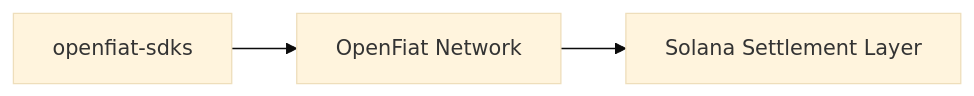
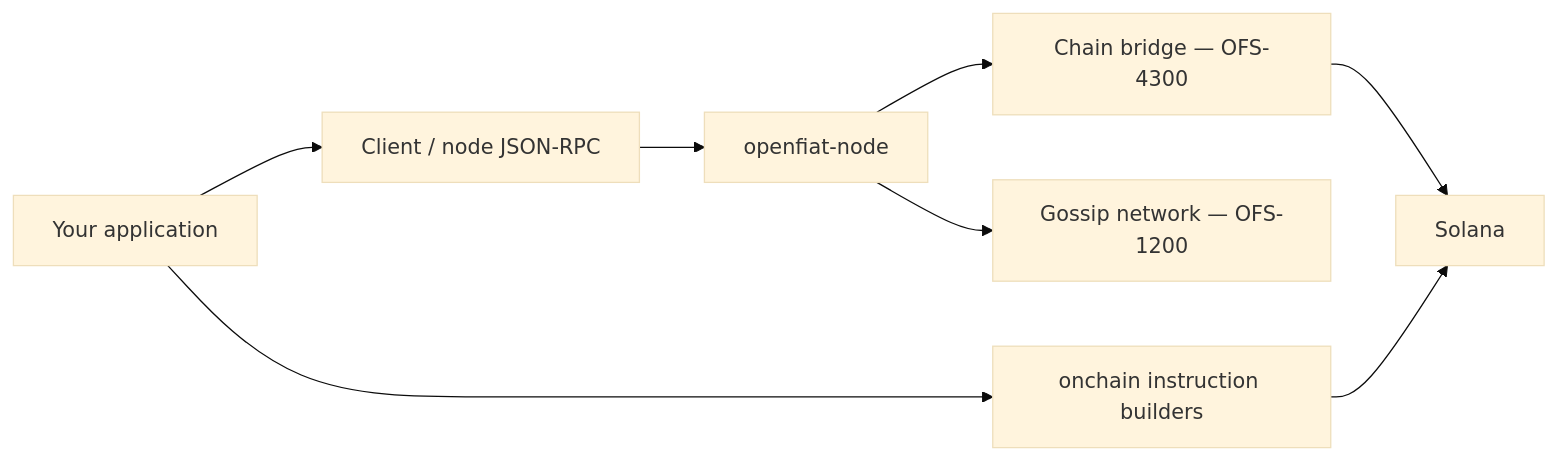
One commit to OpenFiat-org/openfiat-sdks changed the diagram in docs/architecture.md. Above: the diagram before and after it, drawn with Mermaid (base theme). The commit also changed other lines of this file and 9 other files, not shown here.

First line of the commit message:
docs: fix stale/generic READMEs, document the onchain module and stub SDKs honestly

````diff
--- a/docs/architecture.md
+++ b/docs/architecture.md
@@ -5,5 +5,10 @@
 ```mermaid
 flowchart LR
-    A[openfiat-sdks] --> B[OpenFiat Network]
-    B --> C[Solana Settlement Layer]
+    App[Your application] --> Client[Client / node JSON-RPC]
+    App --> Onchain[onchain instruction builders]
+    Client --> Node[openfiat-node]
+    Node --> Gossip[Gossip network — OFS-1200]
+    Node --> Bridge[Chain bridge — OFS-4300]
+    Bridge --> Solana[Solana]
+    Onchain --> Solana
 ```
````
